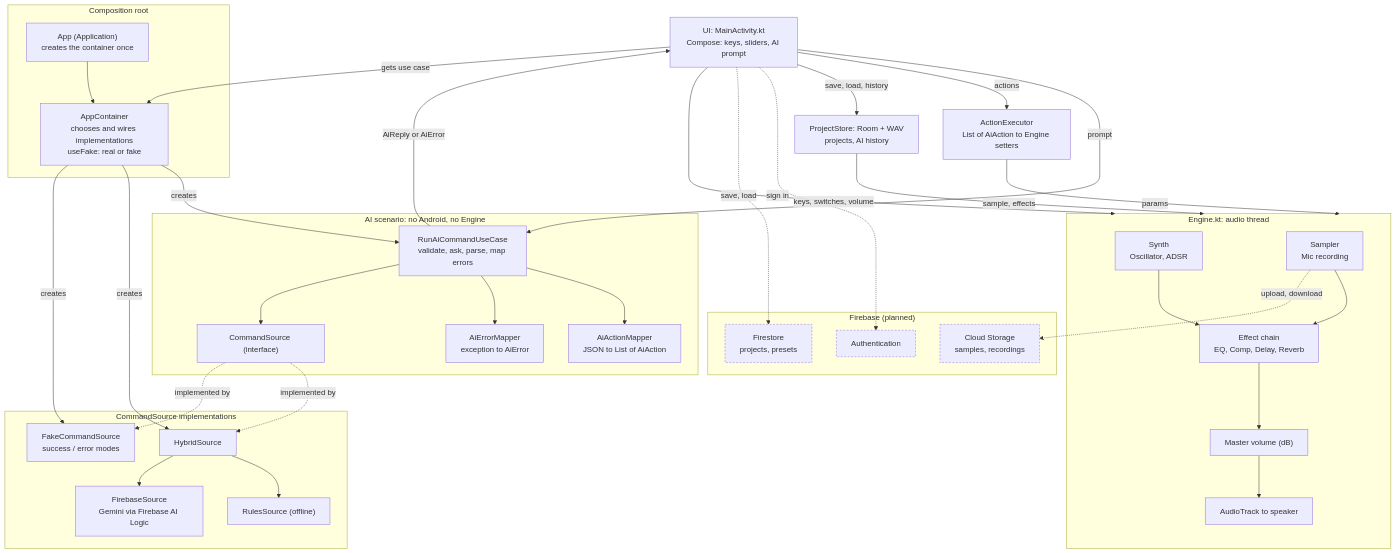
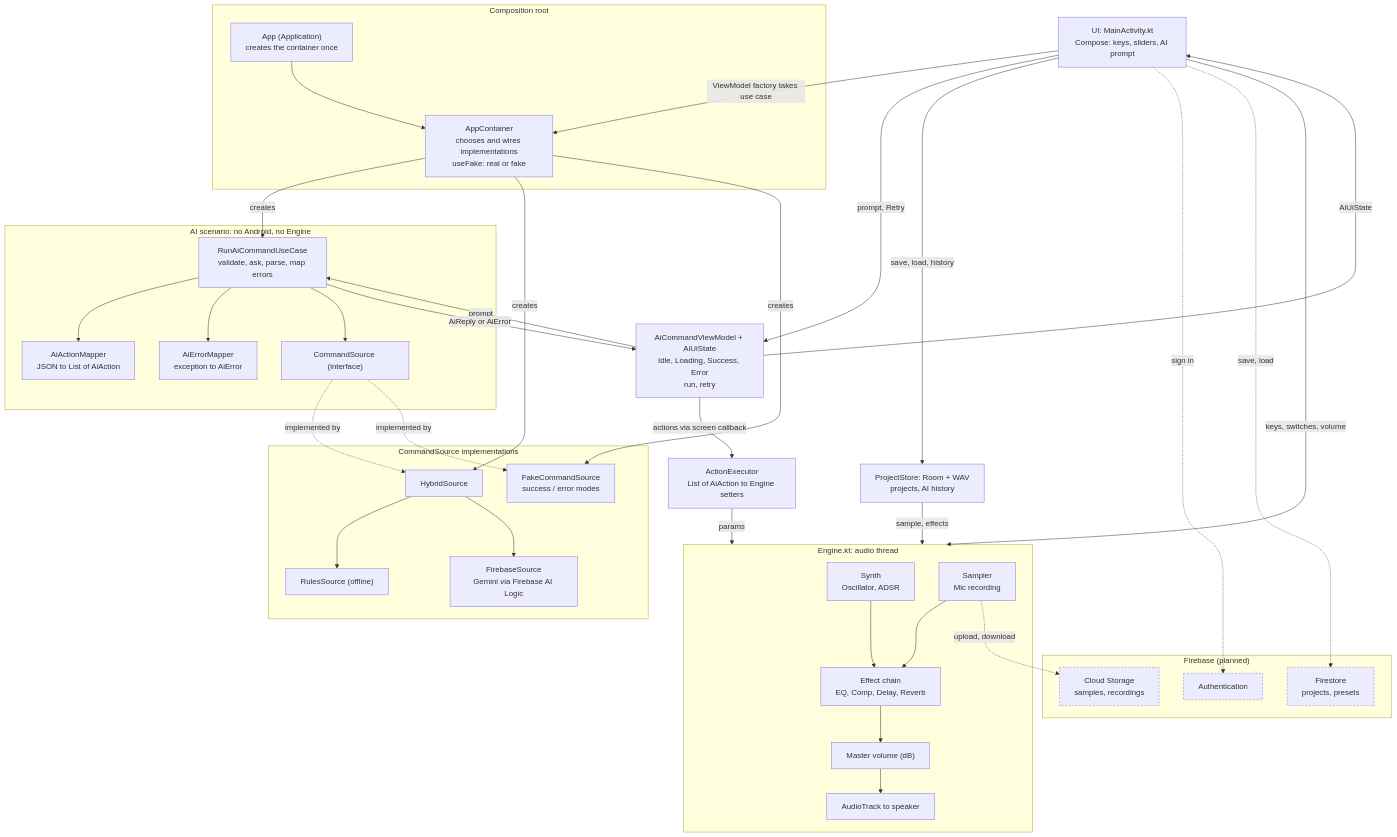
The diagram in docs/architecture.md (YaroslavMelnykAP23/SoundEngiToolkit), drawn with Mermaid before and after one commit. The commit also changed other lines of this file and 11 other files, not shown here.

Commit message:
ver 0.1.4 lab5 step 7: retry last failed AI command

````diff
--- a/docs/architecture.md
+++ b/docs/architecture.md
@@ -7,69 +7,72 @@
 ```mermaid
 flowchart TB
     UI["UI: MainActivity.kt<br/>Compose: keys, sliders, AI prompt"]
 
     subgraph ROOT["Composition root"]
         APP["App (Application)<br/>creates the container once"]
         CONT["AppContainer<br/>chooses and wires implementations<br/>useFake: real or fake"]
         APP --> CONT
     end
 
     subgraph AIL["AI scenario: no Android, no Engine"]
         UC["RunAiCommandUseCase<br/>validate, ask, parse, map errors"]
         MAP["AiActionMapper<br/>JSON to List of AiAction"]
         ERR["AiErrorMapper<br/>exception to AiError"]
         IFACE["CommandSource (interface)"]
         UC --> MAP
         UC --> ERR
         UC --> IFACE
     end
 
     subgraph IMPL["CommandSource implementations"]
         HYB["HybridSource"]
         RULES["RulesSource (offline)"]
         FIREB["FirebaseSource<br/>Gemini via Firebase AI Logic"]
         FAKE["FakeCommandSource<br/>success / error modes"]
         HYB --> RULES
         HYB --> FIREB
     end
 
+    VM["AiCommandViewModel + AiUiState<br/>Idle, Loading, Success, Error<br/>run, retry"]
     EXEC["ActionExecutor<br/>List of AiAction to Engine setters"]
     STORE["ProjectStore: Room + WAV<br/>projects, AI history"]
 
     subgraph FB["Firebase (planned)"]
         AUTH["Authentication"]
         FS["Firestore<br/>projects, presets"]
         ST["Cloud Storage<br/>samples, recordings"]
     end
 
     subgraph ENGINE["Engine.kt: audio thread"]
         SYNTH["Synth<br/>Oscillator, ADSR"]
         SAMPLER["Sampler<br/>Mic recording"]
         FX["Effect chain<br/>EQ, Comp, Delay, Reverb"]
         VOL["Master volume (dB)"]
         OUT["AudioTrack to speaker"]
         SYNTH --> FX
         SAMPLER --> FX
         FX --> VOL --> OUT
     end
 
     CONT -->|creates| UC
     CONT -->|creates| HYB
     CONT -->|creates| FAKE
     IFACE -.->|implemented by| HYB
     IFACE -.->|implemented by| FAKE
-    UI -->|gets use case| CONT
-    UI -->|prompt| UC
-    UC -->|AiReply or AiError| UI
-    UI -->|actions| EXEC
+    UI -->|ViewModel factory takes use case| CONT
+    UI -->|prompt, Retry| VM
+    VM -->|prompt| UC
+    UC -->|AiReply or AiError| VM
+    VM -->|AiUiState| UI
+    VM -->|actions via screen callback| EXEC
     EXEC -->|params| ENGINE
     UI -->|keys, switches, volume| ENGINE
     UI -->|save, load, history| STORE
     STORE -->|sample, effects| ENGINE
     UI -.->|sign in| AUTH
     UI -.->|save, load| FS
     SAMPLER -.->|upload, download| ST
 
     classDef planned stroke-dasharray: 4 3
     class AUTH,FS,ST planned
 ```
````
